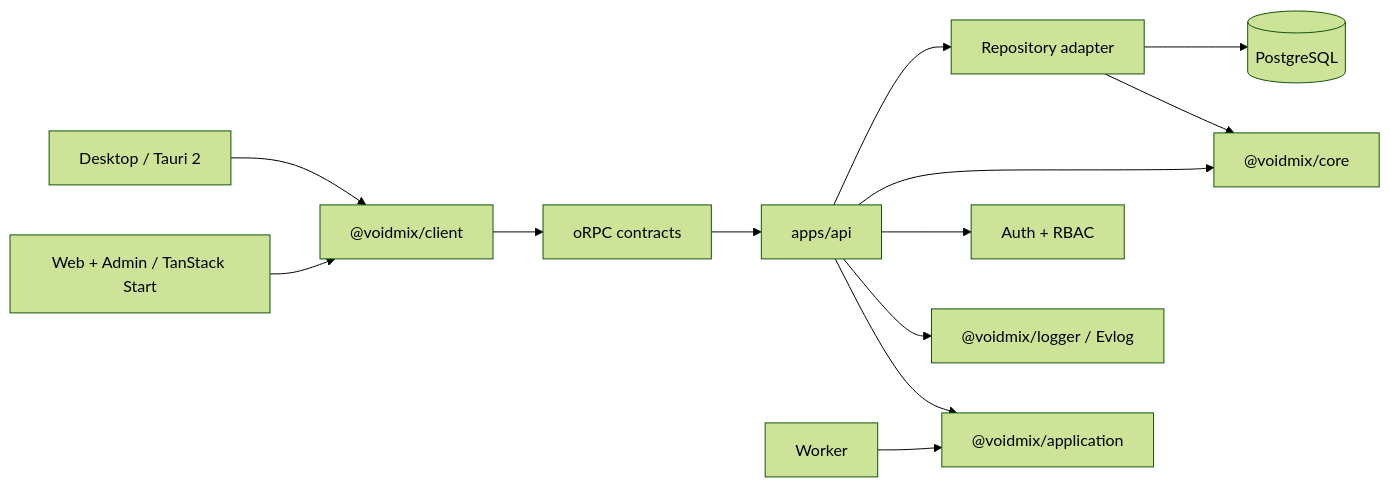
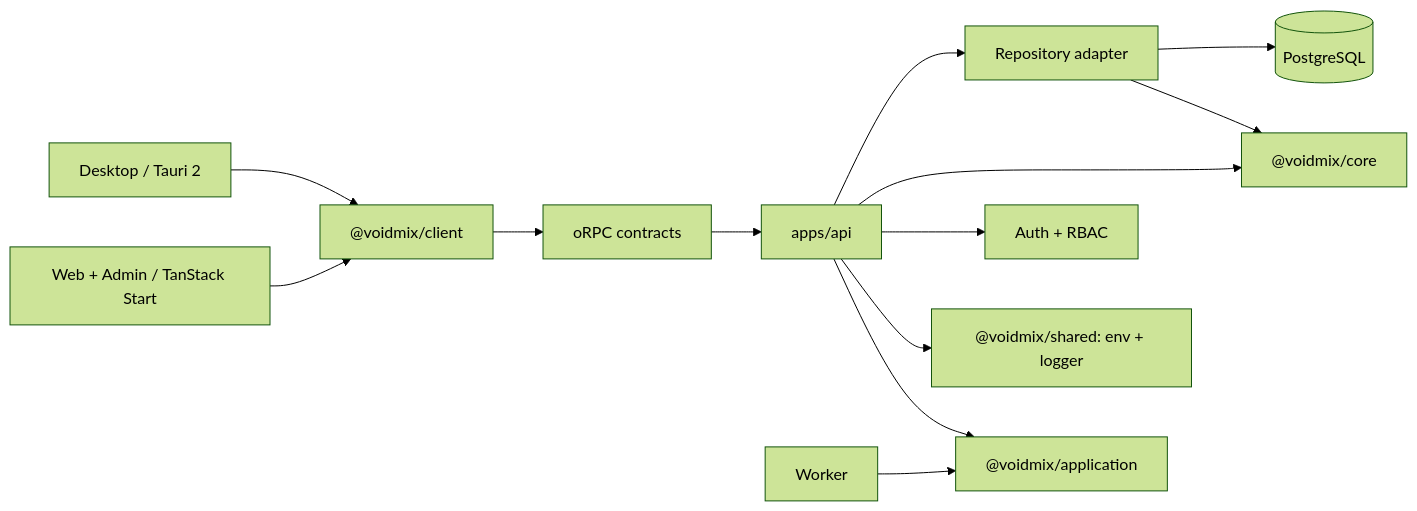
Before and after one commit to voidmix/voidmix: the diagram in docs/architecture/README.md, drawn with Mermaid (forest theme). The commit also changed other lines of this file and 77 other files, not shown here.

Commit message:
feat(shared): merge env and logger packages

````diff
--- a/docs/architecture/README.md
+++ b/docs/architecture/README.md
@@ -23,15 +23,15 @@
 ```mermaid
 flowchart LR
   web["Web + Admin / TanStack Start"] --> client["@voidmix/client"]
   desktop["Desktop / Tauri 2"] --> client
   client --> rpc["oRPC contracts"]
   rpc --> api["apps/api"]
   api --> application["@voidmix/application"]
   worker["Worker"] --> application
-  api --> logger["@voidmix/logger / Evlog"]
+  api --> shared["@voidmix/shared: env + logger"]
   api --> auth["Auth + RBAC"]
   api --> core["@voidmix/core"]
   api --> db["Repository adapter"]
   db --> core
   db --> postgres[("PostgreSQL")]
 ```
````
